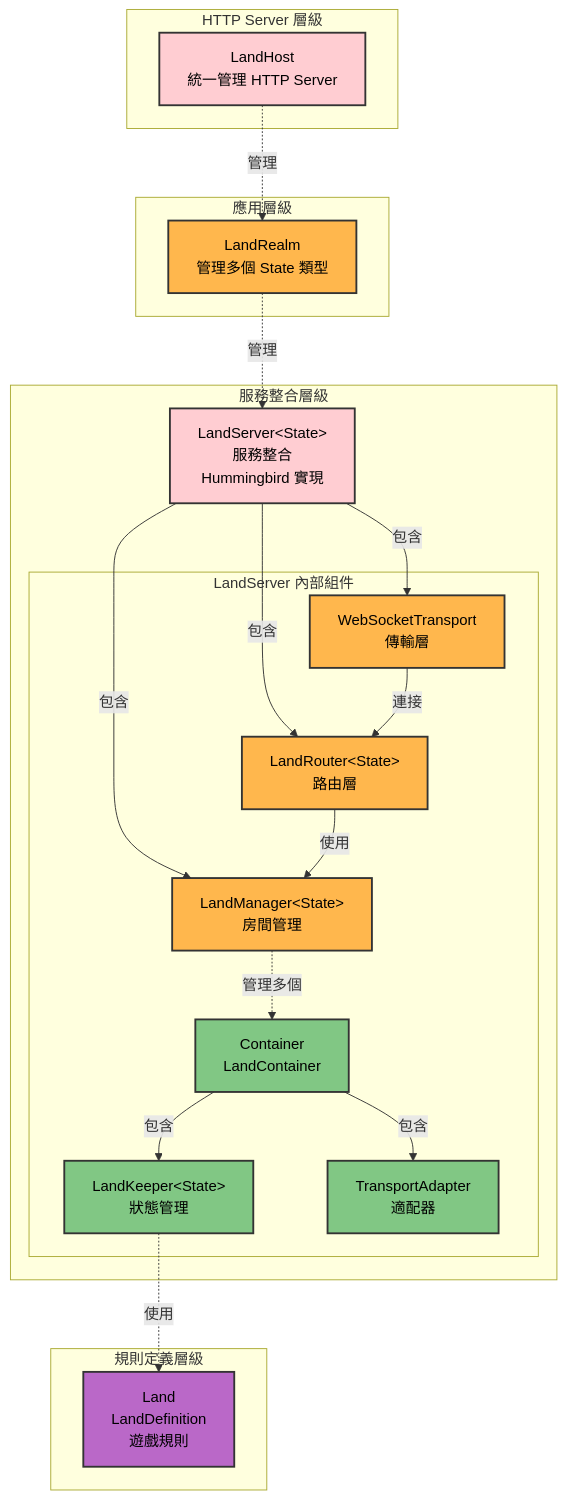
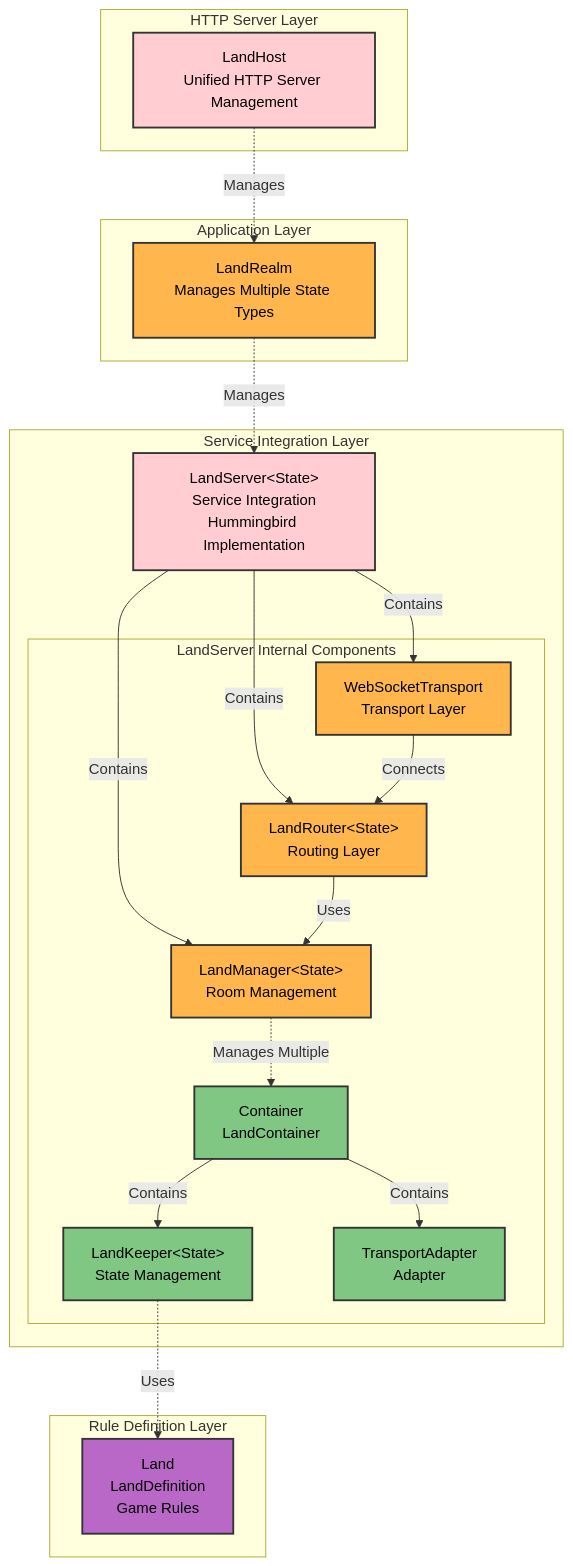
Before and after one commit to gmliao/swift-state-tree: the diagram in docs/architecture.md, drawn with Mermaid. The commit also changed other lines of this file and 61 other files, not shown here.

````diff
--- a/docs/architecture.md
+++ b/docs/architecture.md
@@ -27,49 +29,49 @@
 ```mermaid
 graph TB
-    subgraph "HTTP Server 層級"
-        LandHost[LandHost<br/>統一管理 HTTP Server]
+    subgraph "HTTP Server Layer"
+        LandHost[LandHost<br/>Unified HTTP Server Management]
     end
     
-    subgraph "應用層級"
-        LandRealm[LandRealm<br/>管理多個 State 類型]
+    subgraph "Application Layer"
+        LandRealm[LandRealm<br/>Manages Multiple State Types]
     end
     
-    subgraph "服務整合層級"
-        LandServer[LandServer&lt;State&gt;<br/>服務整合<br/>Hummingbird 實現]
+    subgraph "Service Integration Layer"
+        LandServer[LandServer&lt;State&gt;<br/>Service Integration<br/>Hummingbird Implementation]
         
-        subgraph "LandServer 內部組件"
-            LandManager[LandManager&lt;State&gt;<br/>房間管理]
-            LandRouter[LandRouter&lt;State&gt;<br/>路由層]
-            Transport[WebSocketTransport<br/>傳輸層]
+        subgraph "LandServer Internal Components"
+            LandManager[LandManager&lt;State&gt;<br/>Room Management]
+            LandRouter[LandRouter&lt;State&gt;<br/>Routing Layer]
+            Transport[WebSocketTransport<br/>Transport Layer]
             
-            LandManager -.->|管理多個| Container[Container<br/>LandContainer]
-            Container -->|包含| LandKeeper[LandKeeper&lt;State&gt;<br/>狀態管理]
-            Container -->|包含| TransportAdapter[TransportAdapter<br/>適配器]
+            LandManager -.->|Manages Multiple| Container[Container<br/>LandContainer]
+            Container -->|Contains| LandKeeper[LandKeeper&lt;State&gt;<br/>State Management]
+            Container -->|Contains| TransportAdapter[TransportAdapter<br/>Adapter]
         end
         
-        LandServer -->|包含| LandManager
-        LandServer -->|包含| LandRouter
-        LandServer -->|包含| Transport
-        LandRouter -->|使用| LandManager
-        Transport -->|連接| LandRouter
+        LandServer -->|Contains| LandManager
+        LandServer -->|Contains| LandRouter
+        LandServer -->|Contains| Transport
+        LandRouter -->|Uses| LandManager
+        Transport -->|Connects| LandRouter
     end
     
-    subgraph "規則定義層級"
-        LandDef[Land<br/>LandDefinition<br/>遊戲規則]
+    subgraph "Rule Definition Layer"
+        LandDef[Land<br/>LandDefinition<br/>Game Rules]
     end
     
-    LandHost -.->|管理| LandRealm
-    LandRealm -.->|管理| LandServer
-    LandKeeper -.->|使用| LandDef
+    LandHost -.->|Manages| LandRealm
+    LandRealm -.->|Manages| LandServer
+    LandKeeper -.->|Uses| LandDef
     
     style LandHost fill:#ffcdd2,stroke:#333,stroke-width:2px,color:#000
     style LandServer fill:#ffcdd2,stroke:#333,stroke-width:2px,color:#000
     style LandRealm fill:#ffb74d,stroke:#333,stroke-width:2px,color:#000
     style LandManager fill:#ffb74d,stroke:#333,stroke-width:2px,color:#000
     style LandRouter fill:#ffb74d,stroke:#333,stroke-width:2px,color:#000
     style Transport fill:#ffb74d,stroke:#333,stroke-width:2px,color:#000
     style LandKeeper fill:#81c784,stroke:#333,stroke-width:2px,color:#000
     style Container fill:#81c784,stroke:#333,stroke-width:2px,color:#000
     style TransportAdapter fill:#81c784,stroke:#333,stroke-width:2px,color:#000
     style LandDef fill:#ba68c8,stroke:#333,stroke-width:2px,color:#000
 ```
````
